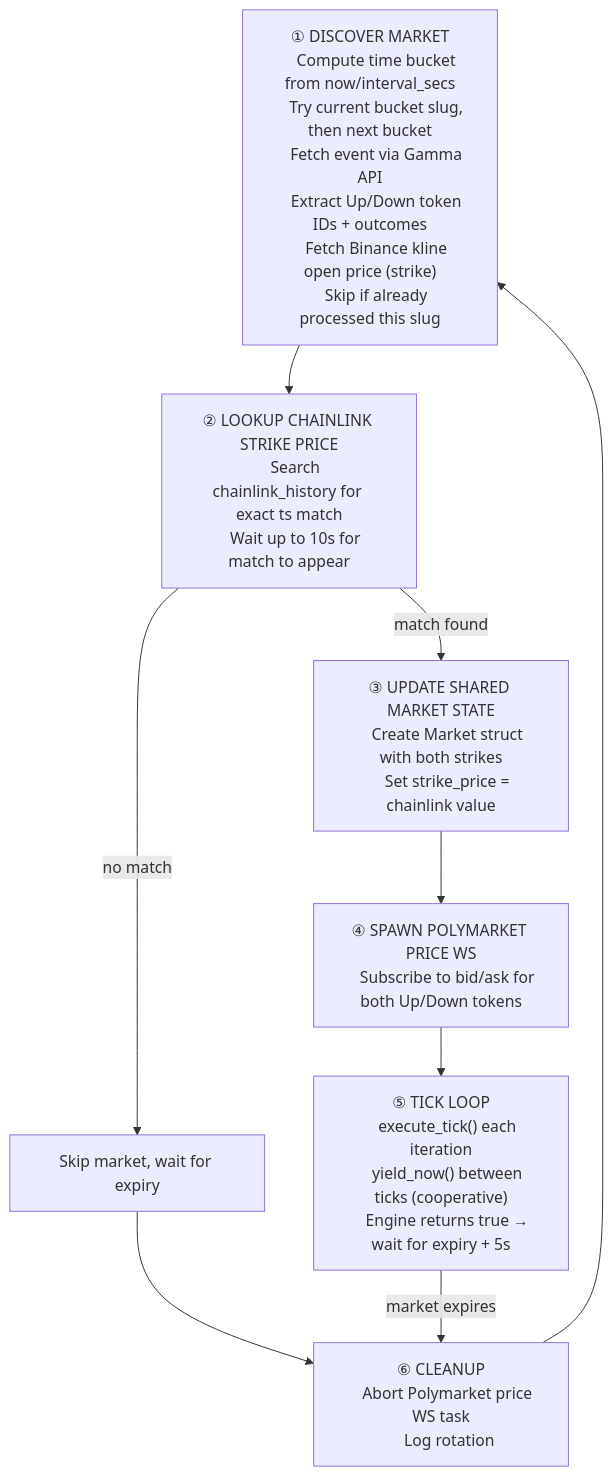
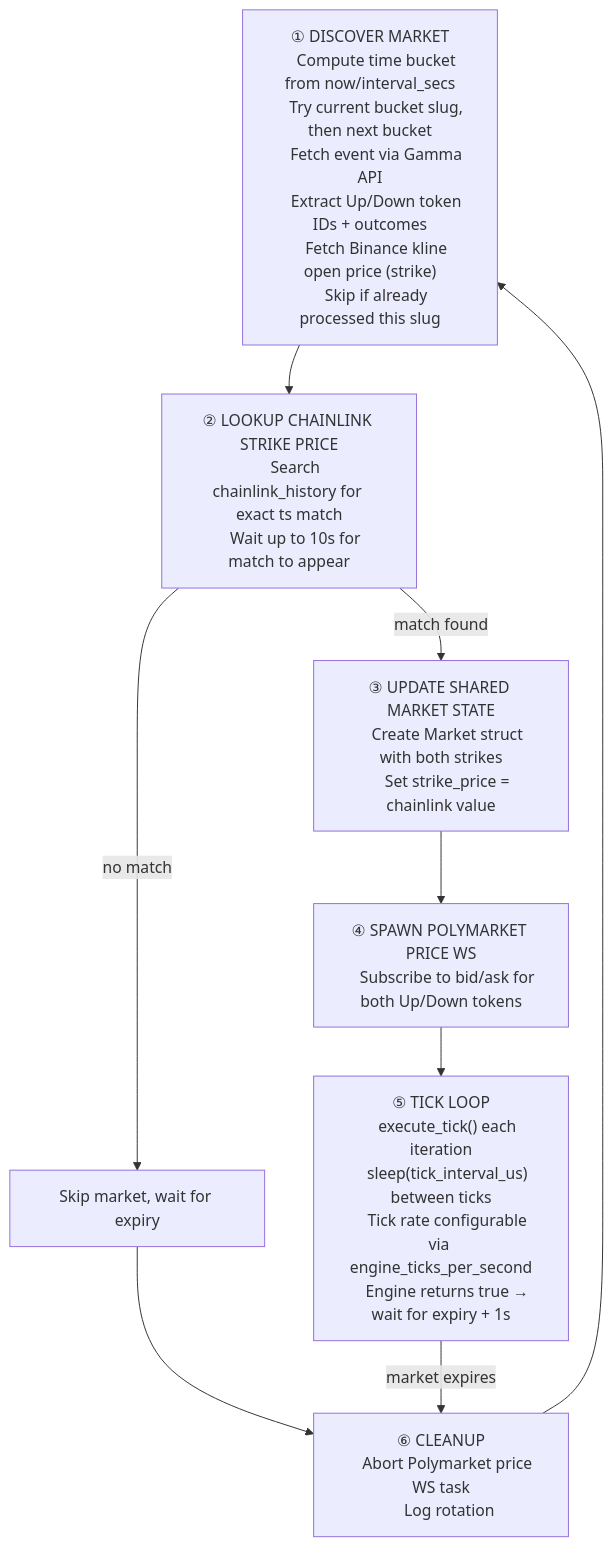
The second of 3 diagrams in docs/WORKFLOW.md (bbono/serekes), drawn with Mermaid before and after one commit. The commit also changed other lines of this file and 3 other files, not shown here.

````diff
--- a/docs/WORKFLOW.md
+++ b/docs/WORKFLOW.md
@@ -34,39 +38,40 @@
 ```mermaid
 flowchart TD
     S1["① DISCOVER MARKET
     Compute time bucket from now/interval_secs
     Try current bucket slug, then next bucket
     Fetch event via Gamma API
     Extract Up/Down token IDs + outcomes
     Fetch Binance kline open price (strike)
     Skip if already processed this slug"]
 
     S2["② LOOKUP CHAINLINK STRIKE PRICE
     Search chainlink_history for exact ts match
     Wait up to 10s for match to appear"]
 
     S3["③ UPDATE SHARED MARKET STATE
     Create Market struct with both strikes
     Set strike_price = chainlink value"]
 
     S4["④ SPAWN POLYMARKET PRICE WS
     Subscribe to bid/ask for both Up/Down tokens"]
 
     S5["⑤ TICK LOOP
     execute_tick() each iteration
-    yield_now() between ticks (cooperative)
-    Engine returns true → wait for expiry + 5s"]
+    sleep(tick_interval_us) between ticks
+    Tick rate configurable via engine_ticks_per_second
+    Engine returns true → wait for expiry + 1s"]
 
     S6["⑥ CLEANUP
     Abort Polymarket price WS task
     Log rotation"]
 
     S1 --> S2
     S2 -->|no match| SKIP["Skip market, wait for expiry"]
     SKIP --> S6
     S2 -->|match found| S3
     S3 --> S4
     S4 --> S5
     S5 -->|market expires| S6
     S6 --> S1
 ```
````
